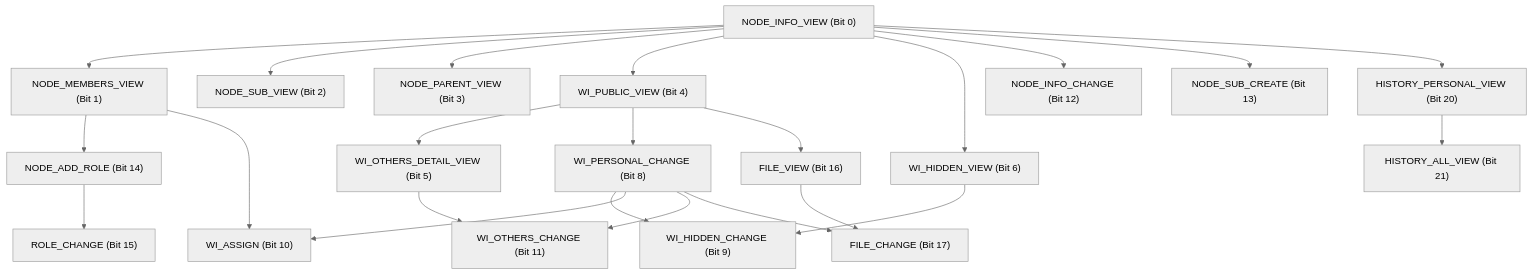
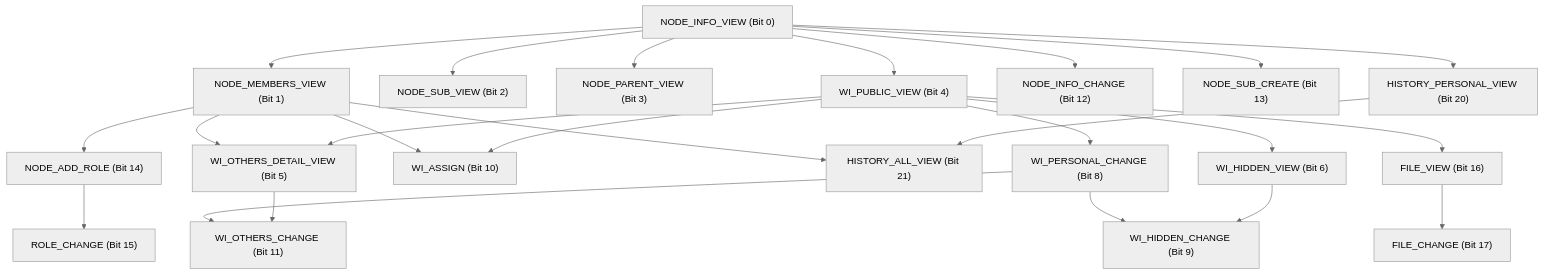
Before and after one commit to junjunshim/Graduation-Project: the diagram in docs/AUTHORITY_GUIDE.md, drawn with Mermaid (neutral theme). The commit also changed other lines of this file and 6 other files, not shown here.

````diff
--- a/docs/AUTHORITY_GUIDE.md
+++ b/docs/AUTHORITY_GUIDE.md
@@ -76,29 +76,31 @@
 ```mermaid
 graph TD
     Bit0["NODE_INFO_VIEW (Bit 0)"] --> Bit1["NODE_MEMBERS_VIEW (Bit 1)"]
     Bit0 --> Bit2["NODE_SUB_VIEW (Bit 2)"]
     Bit0 --> Bit3["NODE_PARENT_VIEW (Bit 3)"]
     Bit0 --> Bit4["WI_PUBLIC_VIEW (Bit 4)"]
-    Bit0 --> Bit6["WI_HIDDEN_VIEW (Bit 6)"]
     Bit0 --> Bit12["NODE_INFO_CHANGE (Bit 12)"]
     Bit0 --> Bit13["NODE_SUB_CREATE (Bit 13)"]
     Bit0 --> Bit20["HISTORY_PERSONAL_VIEW (Bit 20)"]
 
     Bit1 --> Bit14["NODE_ADD_ROLE (Bit 14)"]
     Bit14 --> Bit15["ROLE_CHANGE (Bit 15)"]
+    Bit1 --> Bit5["WI_OTHERS_DETAIL_VIEW (Bit 5)"]
+    Bit1 --> Bit10["WI_ASSIGN (Bit 10)"]
+    Bit1 --> Bit21["HISTORY_ALL_VIEW (Bit 21)"]
 
-    Bit4 --> Bit5["WI_OTHERS_DETAIL_VIEW (Bit 5)"]
+    Bit4 --> Bit5
+    Bit4 --> Bit6["WI_HIDDEN_VIEW (Bit 6)"]
     Bit4 --> Bit8["WI_PERSONAL_CHANGE (Bit 8)"]
+    Bit4 --> Bit10
     Bit4 --> Bit16["FILE_VIEW (Bit 16)"]
 
     Bit8 --> Bit9["WI_HIDDEN_CHANGE (Bit 9)"]
     Bit6 --> Bit9
-    Bit8 --> Bit10["WI_ASSIGN (Bit 10)"]
-    Bit1 --> Bit10
     Bit8 --> Bit11["WI_OTHERS_CHANGE (Bit 11)"]
     Bit5 --> Bit11
-    Bit8 --> Bit17["FILE_CHANGE (Bit 17)"]
-    Bit16 --> Bit17
 
-    Bit20 --> Bit21["HISTORY_ALL_VIEW (Bit 21)"]
+    Bit16 --> Bit17["FILE_CHANGE (Bit 17)"]
+
+    Bit20 --> Bit21
 ```
````
